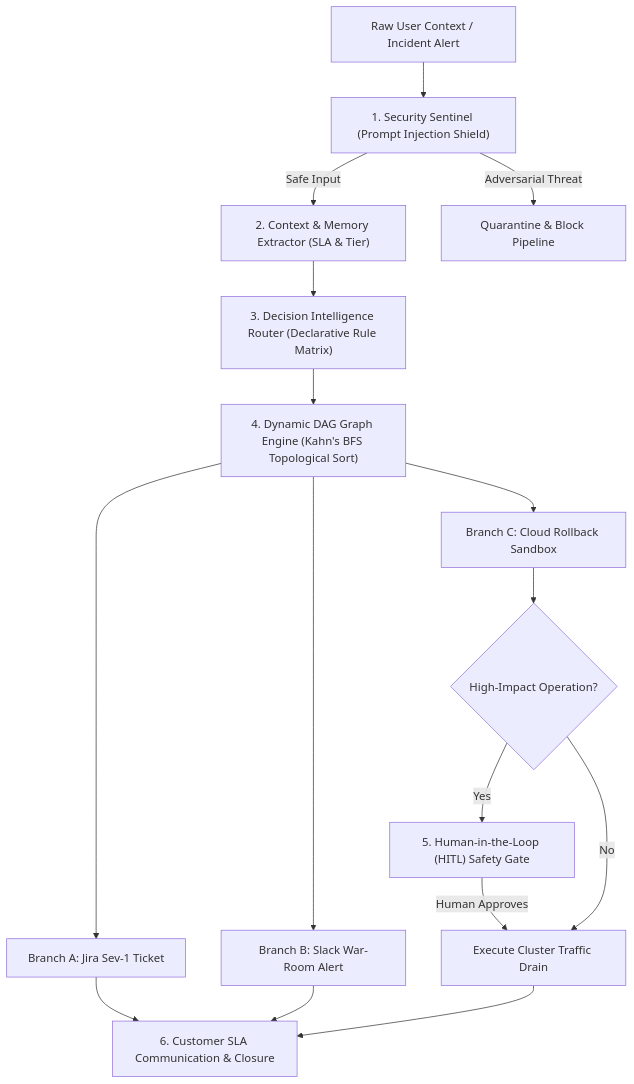
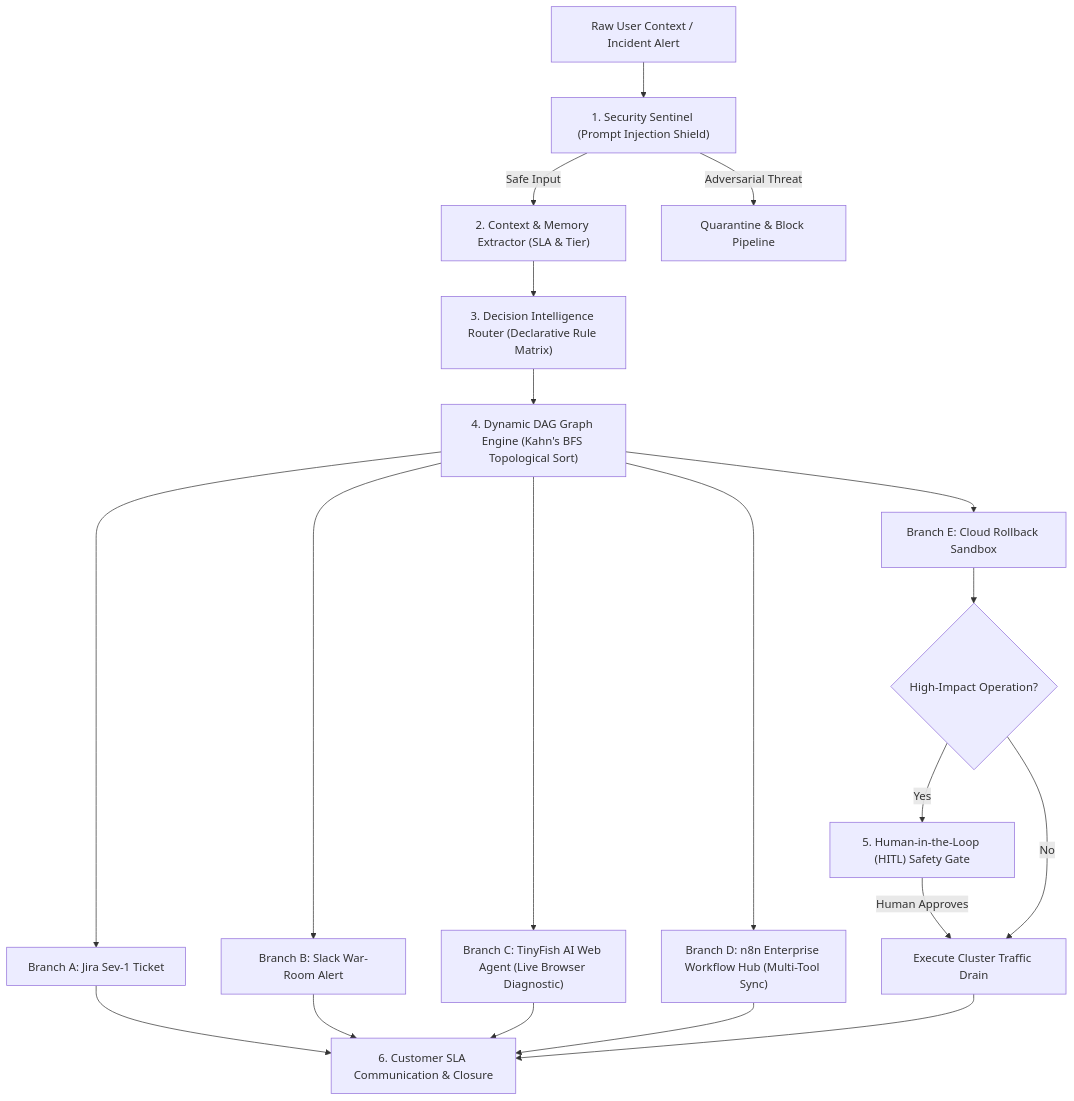
The diagram in README.md (anant122006/nexusflow-agentic-workflow), drawn with Mermaid before and after one commit. The commit also changed other lines of this file and 22 other files, not shown here.

Commit message:
feat: integrate TinyFish AI Web Agent and n8n Enterprise Workflow Hub with 56 passing tests, UI hub, and DAG synchronization

````diff
--- a/README.md
+++ b/README.md
@@ -47,16 +50,18 @@
 ```mermaid
 flowchart TD
     A["Raw User Context / Incident Alert"] --> B["1. Security Sentinel (Prompt Injection Shield)"]
     B -- "Safe Input" --> C["2. Context & Memory Extractor (SLA & Tier)"]
     B -- "Adversarial Threat" --> X["Quarantine & Block Pipeline"]
     C --> D["3. Decision Intelligence Router (Declarative Rule Matrix)"]
     D --> E["4. Dynamic DAG Graph Engine (Kahn's BFS Topological Sort)"]
     E --> F["Branch A: Jira Sev-1 Ticket"]
     E --> G["Branch B: Slack War-Room Alert"]
-    E --> H["Branch C: Cloud Rollback Sandbox"]
+    E --> TF["Branch C: TinyFish AI Web Agent (Live Browser Diagnostic)"]
+    E --> N8N["Branch D: n8n Enterprise Workflow Hub (Multi-Tool Sync)"]
+    E --> H["Branch E: Cloud Rollback Sandbox"]
     H --> I{"High-Impact Operation?"}
     I -- "Yes" --> J["5. Human-in-the-Loop (HITL) Safety Gate"]
     J -- "Human Approves" --> K["Execute Cluster Traffic Drain"]
     I -- "No" --> K
-    F & G & K --> L["6. Customer SLA Communication & Closure"]
+    F & G & TF & N8N & K --> L["6. Customer SLA Communication & Closure"]
 ```
````
